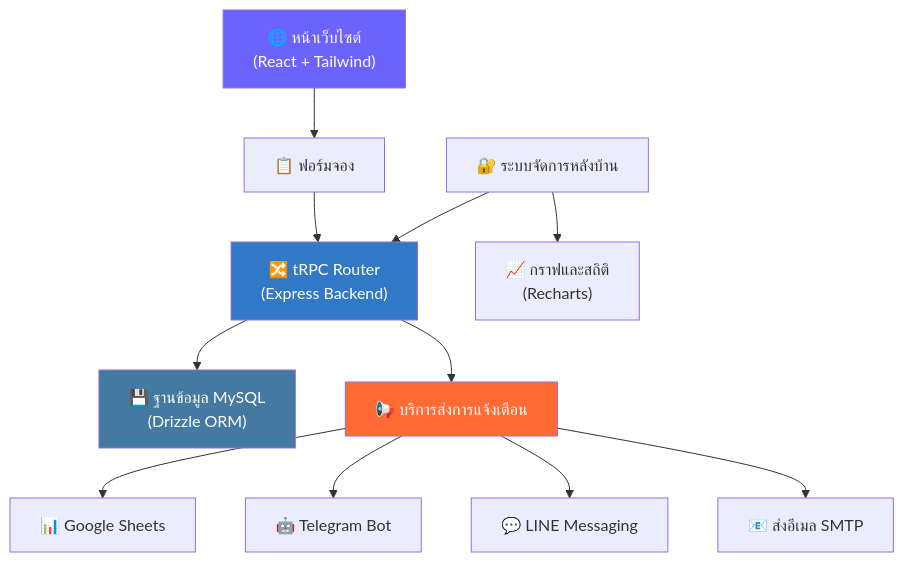
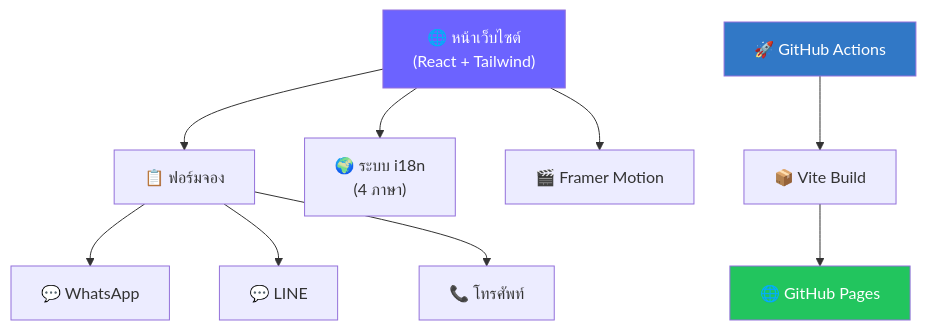
One commit to romeototo/bkk-pattaya-taxi changed the diagram in README.th.md. Above: the diagram before and after it, drawn with Mermaid. The commit also changed other lines of this file and 1 other file, not shown here.

````diff
--- a/README.th.md
+++ b/README.th.md
@@ -61,20 +60,17 @@
 ```mermaid
 graph TD
     A["🌐 หน้าเว็บไซต์<br/>(React + Tailwind)"] --> B["📋 ฟอร์มจอง"]
-    B --> C["🔀 tRPC Router<br/>(Express Backend)"]
-    C --> D["💾 ฐานข้อมูล MySQL<br/>(Drizzle ORM)"]
-    C --> E["📢 บริการส่งการแจ้งเตือน"]
+    A --> C["🌍 ระบบ i18n<br/>(4 ภาษา)"]
+    A --> D["🎬 Framer Motion"]
     
-    E --> F["📊 Google Sheets"]
-    E --> G["🤖 Telegram Bot"]
-    E --> H["💬 LINE Messaging"]
-    E --> I["📧 ส่งอีเมล SMTP"]
+    B --> E["💬 WhatsApp"]
+    B --> F["💬 LINE"]
+    B --> G["📞 โทรศัพท์"]
     
-    J["🔐 ระบบจัดการหลังบ้าน"] --> C
-    J --> K["📈 กราฟและสถิติ<br/>(Recharts)"]
-
+    H["🚀 GitHub Actions"] --> I["📦 Vite Build"]
+    I --> J["🌐 GitHub Pages"]
+    
     style A fill:#6C63FF,color:#fff
-    style C fill:#3178C6,color:#fff
-    style D fill:#4479A1,color:#fff
-    style E fill:#FF6B35,color:#fff
+    style H fill:#3178C6,color:#fff
+    style J fill:#22c55e,color:#fff
 ```
````
